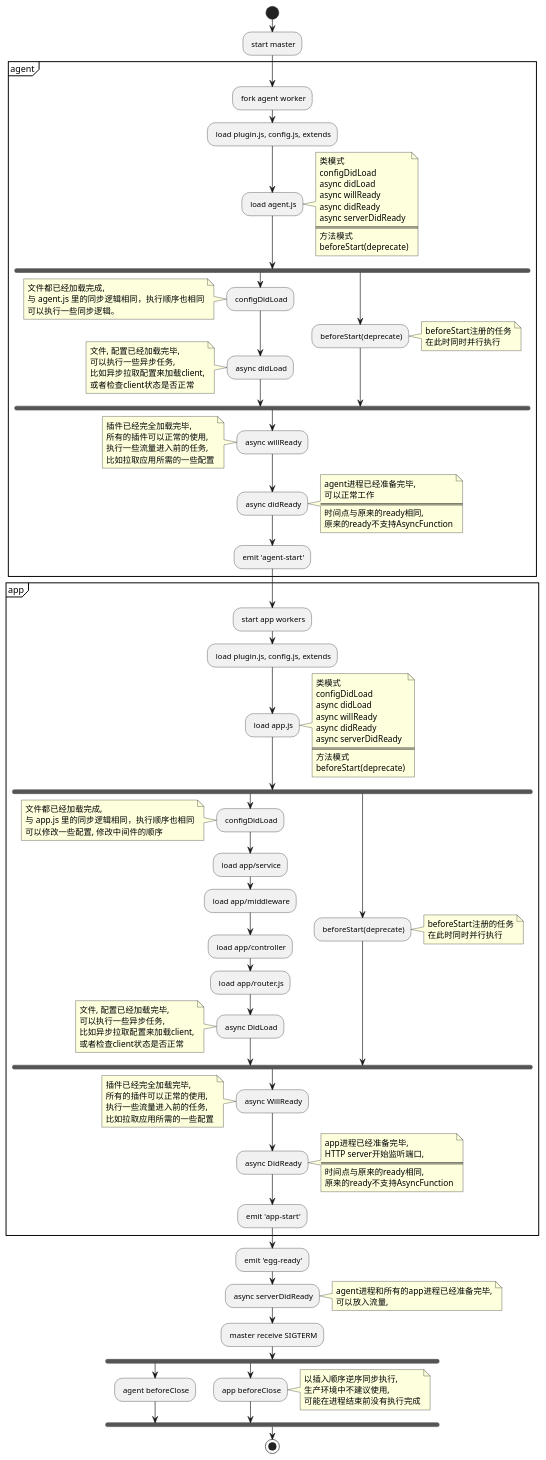
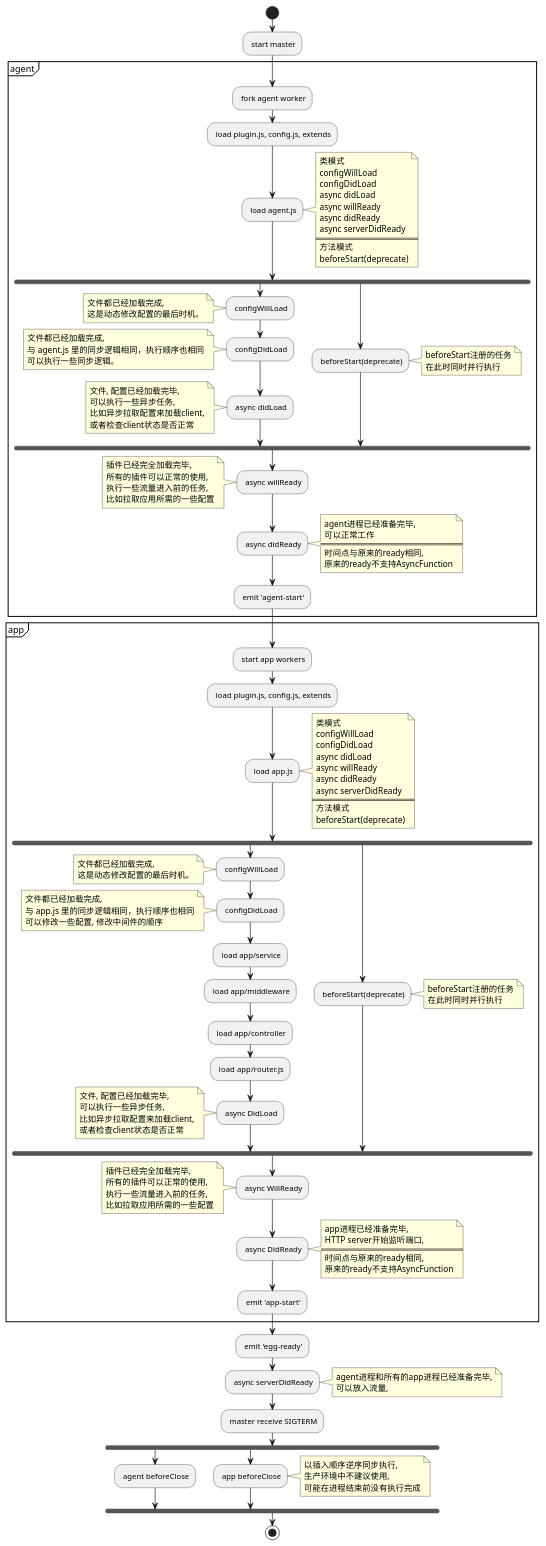
Before and after one commit to eggjs/egg: the diagram in docs/assets/lifecycle_cn.puml, drawn with PlantUML. The commit also changed 3 other files, not shown here.

First line of the commit message:
docs: add configWillLoad to lifecycle (#3101)

```diff
--- a/docs/assets/lifecycle_cn.puml
+++ b/docs/assets/lifecycle_cn.puml
@@ -1,132 +1,144 @@
 @startuml
 start
 : start master;
 partition agent {
   : fork agent worker;
   : load plugin.js, config.js, extends;
   : load agent.js;
   note right
     类模式
+    configWillLoad
     configDidLoad
     async didLoad
     async willReady
     async didReady
     async serverDidReady
     ====
     方法模式
     beforeStart(deprecate)
   end note
   fork
+  : configWillLoad;
+  note left
+    文件都已经加载完成,
+    这是动态修改配置的最后时机。
+  end note
   : configDidLoad;
   note left
     文件都已经加载完成,
     与 agent.js 里的同步逻辑相同，执行顺序也相同
     可以执行一些同步逻辑。
   end note
   : async didLoad;
   note left
     文件, 配置已经加载完毕,
     可以执行一些异步任务,
     比如异步拉取配置来加载client,
     或者检查client状态是否正常
   end note
   fork again
     : beforeStart(deprecate);
     note right
       beforeStart注册的任务
       在此时同时并行执行
     end note
   endfork
   : async willReady;
   note left
     插件已经完全加载完毕,
     所有的插件可以正常的使用,
     执行一些流量进入前的任务,
     比如拉取应用所需的一些配置
   end note
   : async didReady;
   note right
     agent进程已经准备完毕,
     可以正常工作
     ====
     时间点与原来的ready相同,
     原来的ready不支持AsyncFunction
   end note
   : emit 'agent-start';
 }
 partition app {
   : start app workers;
   : load plugin.js, config.js, extends;
   : load app.js;
   note right
     类模式
+    configWillLoad
     configDidLoad
     async didLoad
     async willReady
     async didReady
     async serverDidReady
     ====
     方法模式
     beforeStart(deprecate)
   end note
   fork
+    : configWillLoad;
+    note left
+      文件都已经加载完成,
+      这是动态修改配置的最后时机。
+    end note
     : configDidLoad;
     note left
       文件都已经加载完成,
       与 app.js 里的同步逻辑相同，执行顺序也相同
       可以修改一些配置, 修改中间件的顺序
     end note
     : load app/service;
     : load app/middleware;
     : load app/controller;
     : load app/router.js;
     : async DidLoad;
   note left
     文件, 配置已经加载完毕,
     可以执行一些异步任务,
     比如异步拉取配置来加载client,
     或者检查client状态是否正常
   end note
   fork again
     : beforeStart(deprecate);
     note right
       beforeStart注册的任务
       在此时同时并行执行
     end note
   end fork
     : async WillReady;
   note left
     插件已经完全加载完毕,
     所有的插件可以正常的使用,
     执行一些流量进入前的任务,
     比如拉取应用所需的一些配置
   end note
   : async DidReady;
   note right
     app进程已经准备完毕,
     HTTP server开始监听端口,
     ====
     时间点与原来的ready相同,
     原来的ready不支持AsyncFunction
   end note
   : emit 'app-start';
 }
 : emit 'egg-ready';
 : async serverDidReady;
 note right
   agent进程和所有的app进程已经准备完毕,
   可以放入流量,
 end note
 : master receive SIGTERM;
 fork
 : agent beforeClose;
 fork again
 : app beforeClose;
 note right
   以插入顺序逆序同步执行,
   生产环境中不建议使用,
   可能在进程结束前没有执行完成
 end note
 endfork
 stop
 @enduml
```
